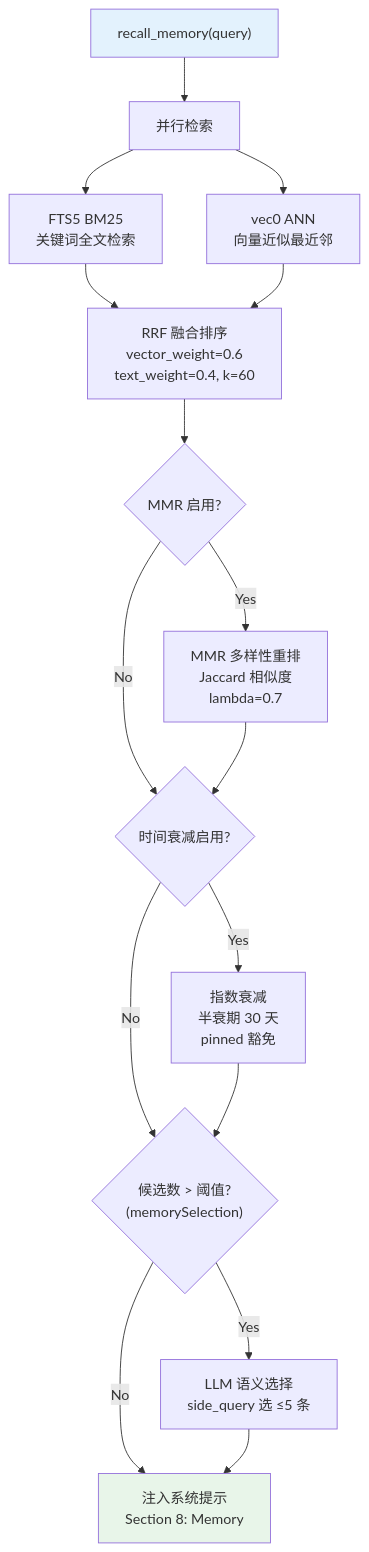
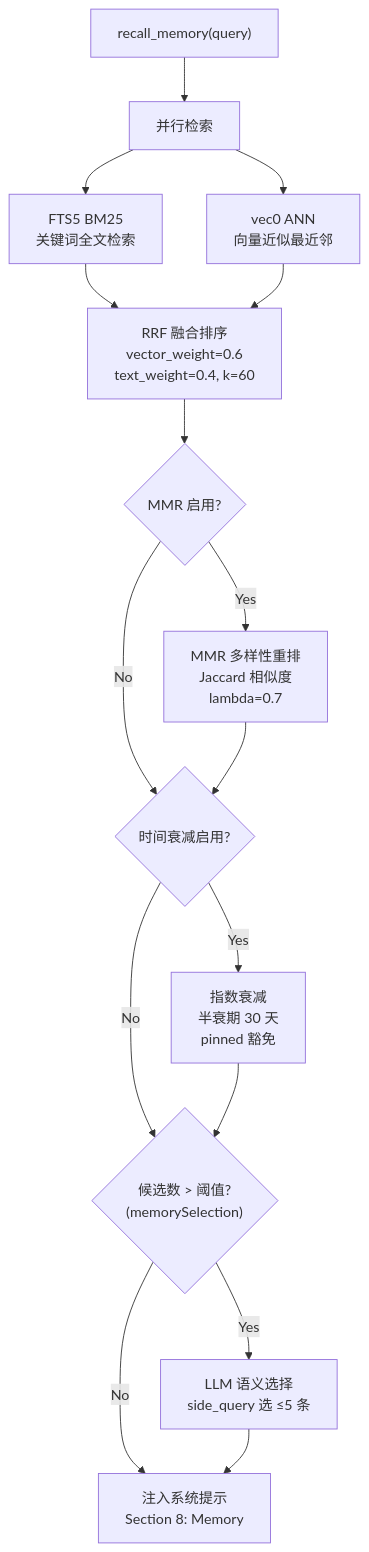
The third of 5 diagrams in docs/architecture/memory.md (shiwenwen/hope-agent), drawn with Mermaid before and after one commit. The commit also changed other lines of this file and 13 other files, not shown here.

First line of the commit message:
docs: 移除 mermaid 图表中的自定义背景色填充

````diff
--- a/docs/architecture/memory.md
+++ b/docs/architecture/memory.md
@@ -221,20 +215,18 @@
 ```mermaid
 flowchart TD
     Query["recall_memory(query)"] --> Fork["并行检索"]
     Fork --> FTS["FTS5 BM25<br/>关键词全文检索"]
     Fork --> Vec["vec0 ANN<br/>向量近似最近邻"]
     FTS --> RRF["RRF 融合排序<br/>vector_weight=0.6<br/>text_weight=0.4, k=60"]
     Vec --> RRF
     RRF --> MMR{"MMR 启用?"}
     MMR -- Yes --> Rerank["MMR 多样性重排<br/>Jaccard 相似度<br/>lambda=0.7"]
     MMR -- No --> Decay
     Rerank --> Decay{"时间衰减启用?"}
     Decay -- Yes --> Apply["指数衰减<br/>半衰期 30 天<br/>pinned 豁免"]
     Decay -- No --> Select
     Apply --> Select{"候选数 > 阈值?<br/>(memorySelection)"}
     Select -- Yes --> LLM["LLM 语义选择<br/>side_query 选 ≤5 条"]
     Select -- No --> Inject["注入系统提示<br/>Section 8: Memory"]
     LLM --> Inject
-    style Query fill:#e3f2fd
-    style Inject fill:#e8f5e9
 ```
````
